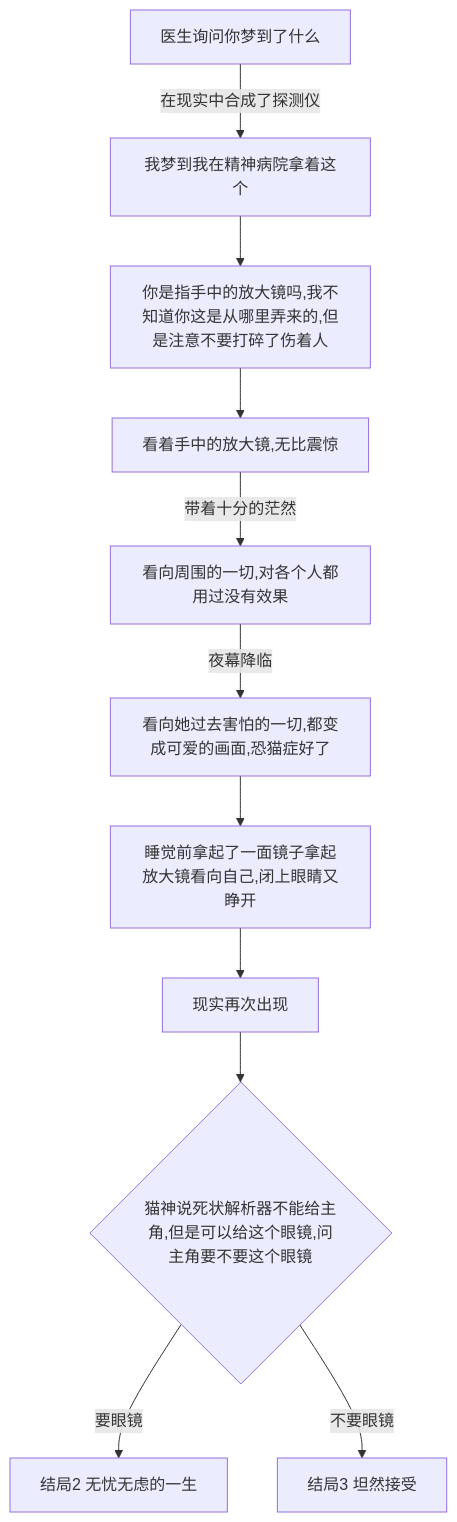
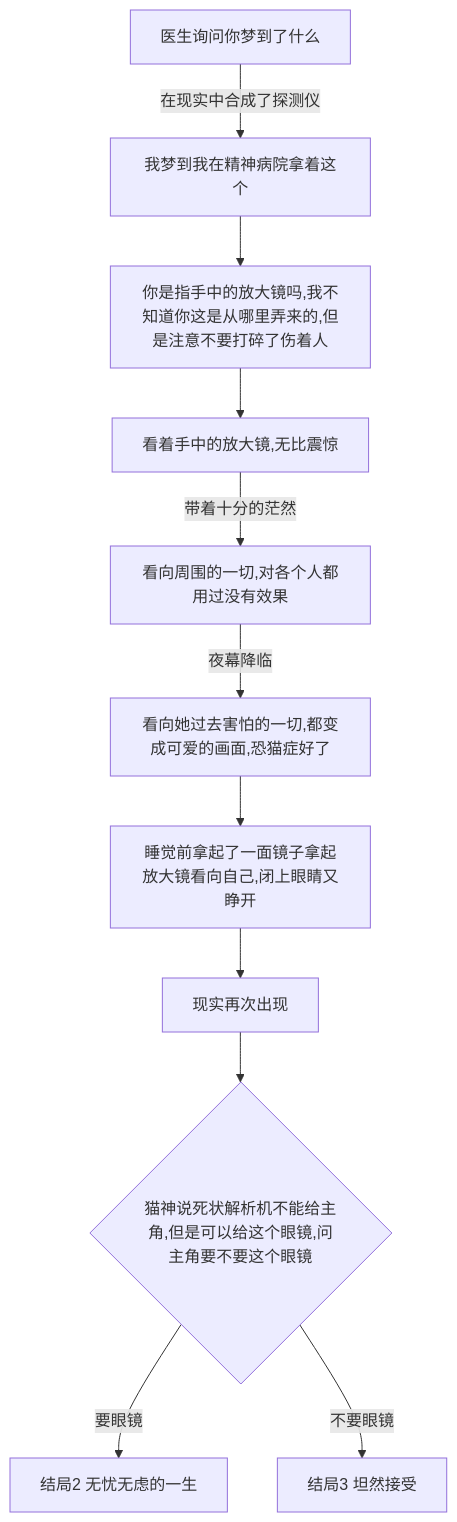
One commit to chichinohaha/nekogami changed the fourth of 4 diagrams in readme.md. Above: the diagram before and after it, drawn with Mermaid. The commit also changed other lines of this file and 2 other files, not shown here.

````diff
--- a/readme.md
+++ b/readme.md
@@ -837,14 +973,14 @@
 ```mermaid
 graph TD;
 ask[医生询问你梦到了什么]-->|在现实中合成了探测仪|answer2[我梦到我在精神病院拿着这个];
 answer2-->ask2[你是指手中的放大镜吗,我不知道你这是从哪里弄来的,但是注意不要打碎了伤着人];
 ask2-->lookat[看着手中的放大镜,无比震惊];
 lookat-->|带着十分的茫然|lookat2[看向周围的一切,对各个人都用过没有效果];
 lookat2-->|夜幕降临|lookat3[看向她过去害怕的一切,都变成可爱的画面,恐猫症好了];
 lookat3-->sleep5[睡觉前拿起了一面镜子拿起放大镜看向自己,闭上眼睛又睁开];
 sleep5-->again[现实再次出现];
-again-->nekoask{猫神说死状解析器不能给主角,但是可以给这个眼镜,问主角要不要这个眼镜};
+again-->nekoask{猫神说死状解析机不能给主角,但是可以给这个眼镜,问主角要不要这个眼镜};
 nekoask-->|要眼镜|ending2[结局2 无忧无虑的一生]
 nekoask-->|不要眼镜|ending3[结局3 坦然接受]
 
 ```
````
